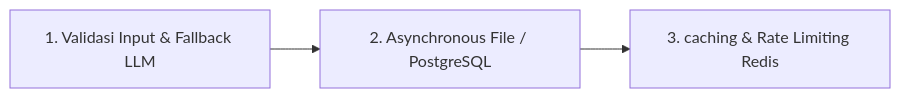
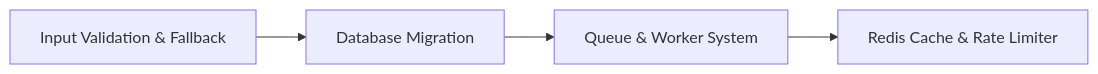
One commit to sohibwong102-pixel/API_Integration changed the diagram in DOCS/GLOBAL/SYSTEM_FEATURE_MAP.md. Above: the diagram before and after it, drawn with Mermaid. The commit also changed other lines of this file, not shown here.

Commit message:
docs: sinkronisasi SYSTEM_FEATURE_MAP dengan arsitektur orchestration terbaru

````diff
--- a/DOCS/GLOBAL/SYSTEM_FEATURE_MAP.md
+++ b/DOCS/GLOBAL/SYSTEM_FEATURE_MAP.md
@@ -47,5 +333,6 @@
 ```mermaid
 graph LR
-    Step1[1. Validasi Input & Fallback LLM] --> Step2[2. Asynchronous File / PostgreSQL]
-    Step2 --> Step3[3. caching & Rate Limiting Redis]
+    Step1[Input Validation & Fallback] --> Step2[Database Migration]
+    Step2 --> Step3[Queue & Worker System]
+    Step3 --> Step4[Redis Cache & Rate Limiter]
 ```
````
